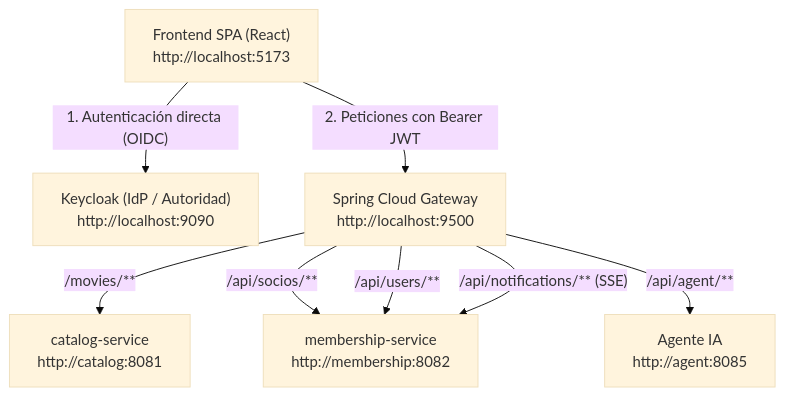
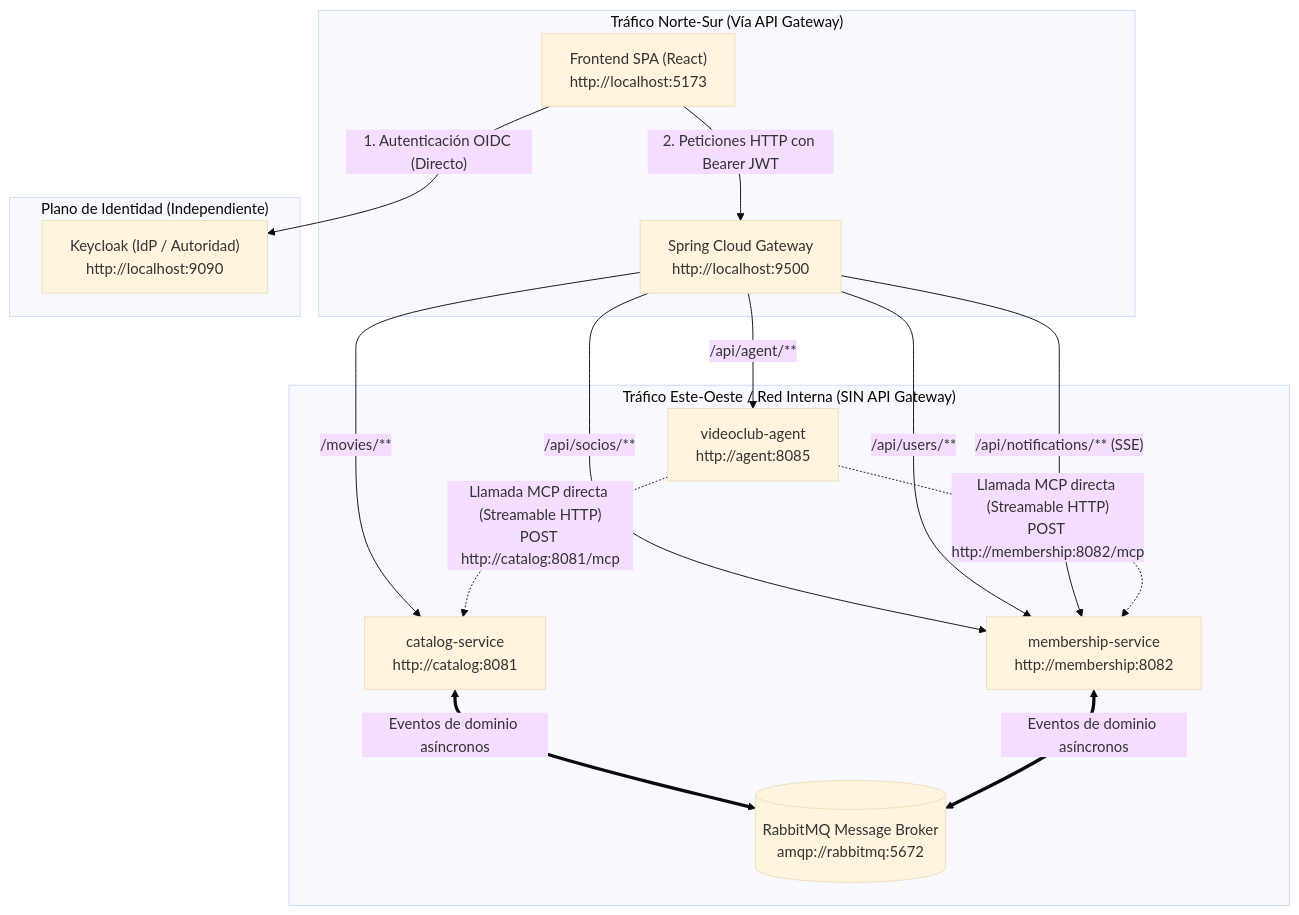
Before and after one commit to hmunoz/springboot-sso: the first of 2 diagrams in docs/api-gateway.md, drawn with Mermaid (base theme). The commit also changed other lines of this file and 11 other files, not shown here.

Commit message:
docs: add and update architecture documentation, ADRs, and implementation plans for AI agent integration

````diff
--- a/docs/api-gateway.md
+++ b/docs/api-gateway.md
@@ -11,17 +11,32 @@
 ```mermaid
 flowchart TD
-    SPA["Frontend SPA (React)<br/>http://localhost:5173"]
-    KC["Keycloak (IdP / Autoridad)<br/>http://localhost:9090"]
-    GW["Spring Cloud Gateway<br/>http://localhost:9500"]
-    CAT["catalog-service<br/>http://catalog:8081"]
-    MEM["membership-service<br/>http://membership:8082"]
-    AG["Agente IA<br/>http://agent:8085"]
+    subgraph Exterior ["Tráfico Norte-Sur (Vía API Gateway)"]
+        SPA["Frontend SPA (React)<br/>http://localhost:5173"]
+        GW["Spring Cloud Gateway<br/>http://localhost:9500"]
+    end
 
-    SPA -- "1. Autenticación directa (OIDC)" --> KC
-    SPA -- "2. Peticiones con Bearer JWT" --> GW
+    subgraph Identity ["Plano de Identidad (Independiente)"]
+        KC["Keycloak (IdP / Autoridad)<br/>http://localhost:9090"]
+    end
+
+    subgraph Internal ["Tráfico Este-Oeste / Red Interna (SIN API Gateway)"]
+        AG["videoclub-agent<br/>http://agent:8085"]
+        CAT["catalog-service<br/>http://catalog:8081"]
+        MEM["membership-service<br/>http://membership:8082"]
+        RABBIT[("RabbitMQ Message Broker<br/>amqp://rabbitmq:5672")]
+    end
+
+    SPA -- "1. Autenticación OIDC (Directo)" --> KC
+    SPA -- "2. Peticiones HTTP con Bearer JWT" --> GW
+    
     GW -- "/movies/**" --> CAT
     GW -- "/api/socios/**" --> MEM
     GW -- "/api/users/**" --> MEM
     GW -- "/api/notifications/** (SSE)" --> MEM
     GW -- "/api/agent/**" --> AG
+
+    AG -.->|"Llamada MCP directa (Streamable HTTP)<br/>POST http://catalog:8081/mcp"| CAT
+    AG -.->|"Llamada MCP directa (Streamable HTTP)<br/>POST http://membership:8082/mcp"| MEM
+    CAT <==>|"Eventos de dominio asíncronos"| RABBIT
+    MEM <==>|"Eventos de dominio asíncronos"| RABBIT
 ```
````
